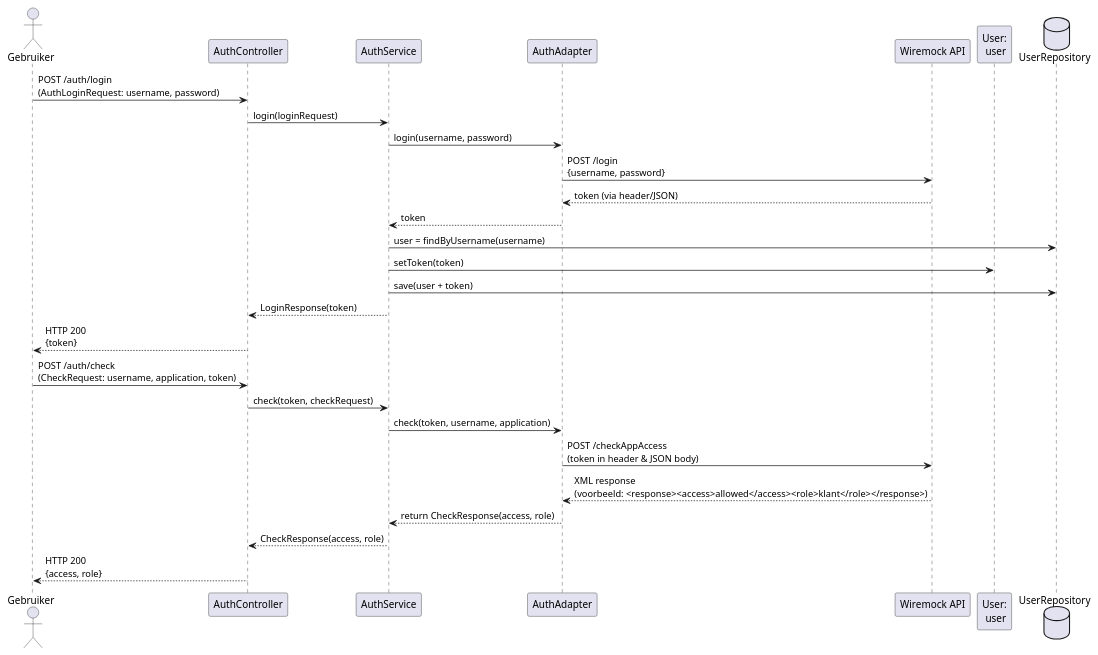
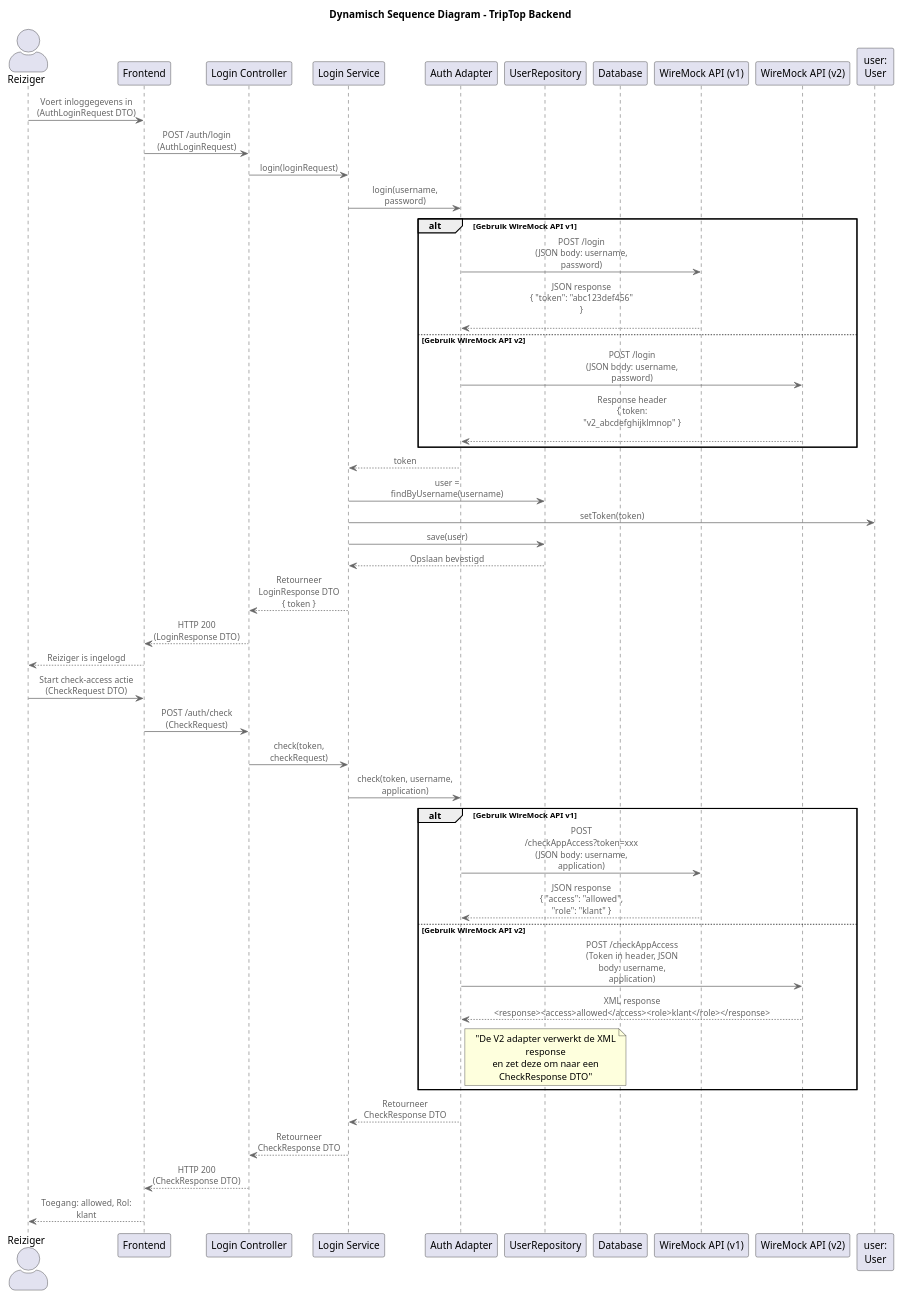
Before and after one commit to AIM-ENE-feb25/triptop-asas: the diagram in software-guidebook/component-code/ahmed/sequence.puml, drawn with PlantUML. The commit also changed 11 other files, not shown here.

```diff
--- a/software-guidebook/component-code/ahmed/sequence.puml
+++ b/software-guidebook/component-code/ahmed/sequence.puml
@@ -1,32 +1,53 @@
 @startuml
-actor "Gebruiker" as Gebruiker
-participant "AuthController" as Controller
-participant "AuthService" as Service
-participant "AuthAdapter" as Adapter
-participant "Wiremock API" as ExternalAPI
-participant "User:\n user" as User
-database "UserRepository" as Repo
+!include https://raw.githubusercontent.com/plantuml-stdlib/C4-PlantUML/master/C4_Component.puml
+title Dynamisch Sequence Diagram – TripTop Backend
 
-Gebruiker -> Controller: POST /auth/login\n(AuthLoginRequest: username, password)
-Controller -> Service: login(loginRequest)
-Service -> Adapter: login(username, password)
-Adapter -> ExternalAPI: POST /login\n{username, password}
-ExternalAPI --> Adapter: token (via header/JSON)
-Adapter --> Service:  token
-Service -> Repo: user = findByUsername(username)
-Service ->User: setToken(token)
-Service -> Repo: save(user + token)
-Service --> Controller: LoginResponse(token)
-Controller --> Gebruiker: HTTP 200\n{token}
+actor "Reiziger" as User
+participant "Frontend" as FE
+participant "Login Controller" as LC
+participant "Login Service" as LS
+participant "Auth Adapter" as AA
+participant "UserRepository" as UR
+participant "Database" as DB
+participant "WireMock API (v1)" as WMV1
+participant "WireMock API (v2)" as WMV2
+participant "user:\n User " as user
+User -> FE: Voert inloggegevens in\n(AuthLoginRequest DTO)
+FE -> LC: POST /auth/login\n(AuthLoginRequest)
+LC -> LS: login(loginRequest)
+LS -> AA: login(username, password)
+alt Gebruik WireMock API v1
+  AA -> WMV1: POST /login\n(JSON body: username, password)
+  WMV1 --> AA: JSON response\n{ "token": "abc123def456" }\n
+else Gebruik WireMock API v2
+  AA -> WMV2: POST /login\n(JSON body: username, password)
+  WMV2 --> AA: Response header\n{ token: "v2_abcdefghijklmnop" }\n
+end
+AA --> LS: token
+LS -> UR:user = findByUsername(username)
+LS -> user: setToken(token)
+LS -> UR: save(user)
+UR --> LS: Opslaan bevestigd
+LS --> LC: Retourneer LoginResponse DTO\n{ token }
+LC --> FE: HTTP 200\n(LoginResponse DTO)
+FE --> User: Reiziger is ingelogd
 
-Gebruiker -> Controller: POST /auth/check\n(CheckRequest: username, application, token)
-Controller -> Service: check(token, checkRequest)
-Service -> Adapter: check(token, username, application)
-Adapter -> ExternalAPI: POST /checkAppAccess\n(token in header & JSON body)
-ExternalAPI --> Adapter: XML response\n(voorbeeld: <response><access>allowed</access><role>klant</role></response>)
-Adapter --> Service: return CheckResponse(access, role)
-Service --> Controller: CheckResponse(access, role)
-Controller --> Gebruiker: HTTP 200\n{access, role}
+User -> FE: Start check-access actie\n(CheckRequest DTO)
+FE -> LC: POST /auth/check\n(CheckRequest)
+LC -> LS: check(token, checkRequest)
+LS -> AA: check(token, username, application)
+alt Gebruik WireMock API v1
+  AA -> WMV1: POST /checkAppAccess?token=xxx\n(JSON body: username, application)
+  WMV1 --> AA: JSON response\n{ "access": "allowed", "role": "klant" }
+else Gebruik WireMock API v2
+  AA -> WMV2: POST /checkAppAccess\n(Token in header, JSON body: username, application)
+  WMV2 --> AA: XML response\n<response><access>allowed</access><role>klant</role></response>
+  note right of AA: "De V2 adapter verwerkt de XML response\nen zet deze om naar een CheckResponse DTO"
+end
+AA --> LS: Retourneer CheckResponse DTO
+LS --> LC: Retourneer CheckResponse DTO
+LC --> FE: HTTP 200\n(CheckResponse DTO)
+FE --> User: Toegang: allowed, Rol: klant
 
 
 @enduml
```
